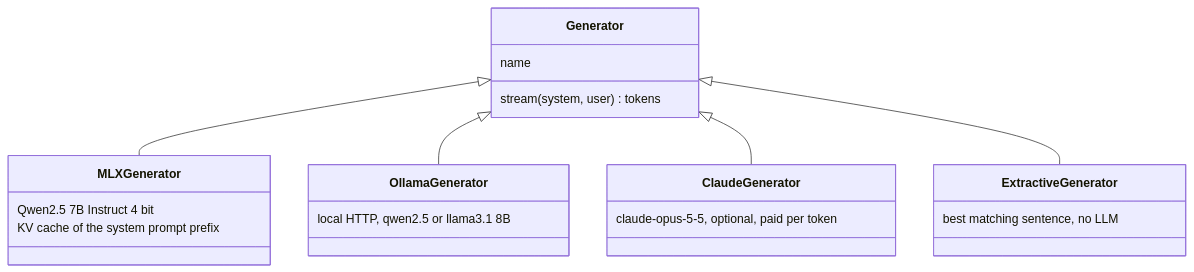
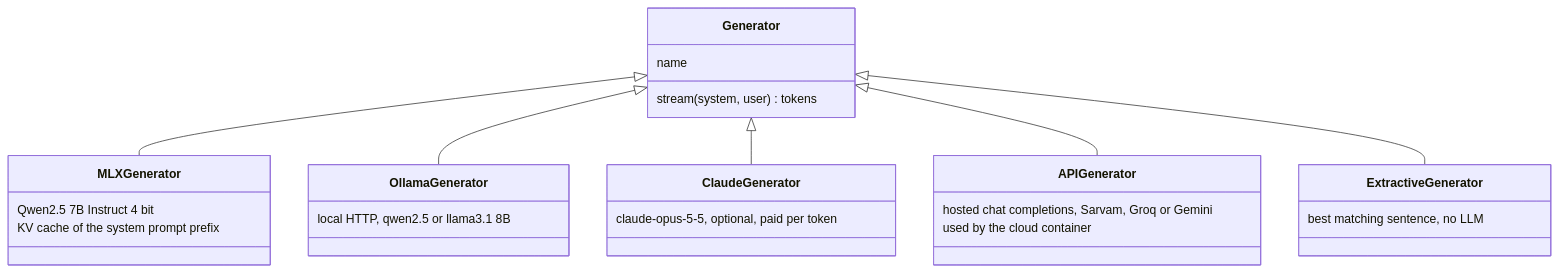
The fourth of 4 diagrams in ARCHITECTURE.md (bharalipanchanan-lgtm/multilingual-agent-copilot), drawn with Mermaid before and after one commit. The commit also changed other lines of this file and 15 other files, not shown here.

````diff
--- a/ARCHITECTURE.md
+++ b/ARCHITECTURE.md
@@ -138,16 +138,19 @@
 ```mermaid
 classDiagram
     class Generator {
         name
         stream(system, user) tokens
     }
     Generator <|-- MLXGenerator
     Generator <|-- OllamaGenerator
     Generator <|-- ClaudeGenerator
+    Generator <|-- APIGenerator
     Generator <|-- ExtractiveGenerator
     MLXGenerator : Qwen2.5 7B Instruct 4 bit
     MLXGenerator : KV cache of the system prompt prefix
     OllamaGenerator : local HTTP, qwen2.5 or llama3.1 8B
     ClaudeGenerator : claude-opus-5-5, optional, paid per token
+    APIGenerator : hosted chat completions, Sarvam, Groq or Gemini
+    APIGenerator : used by the cloud container
     ExtractiveGenerator : best matching sentence, no LLM
 ```
````
